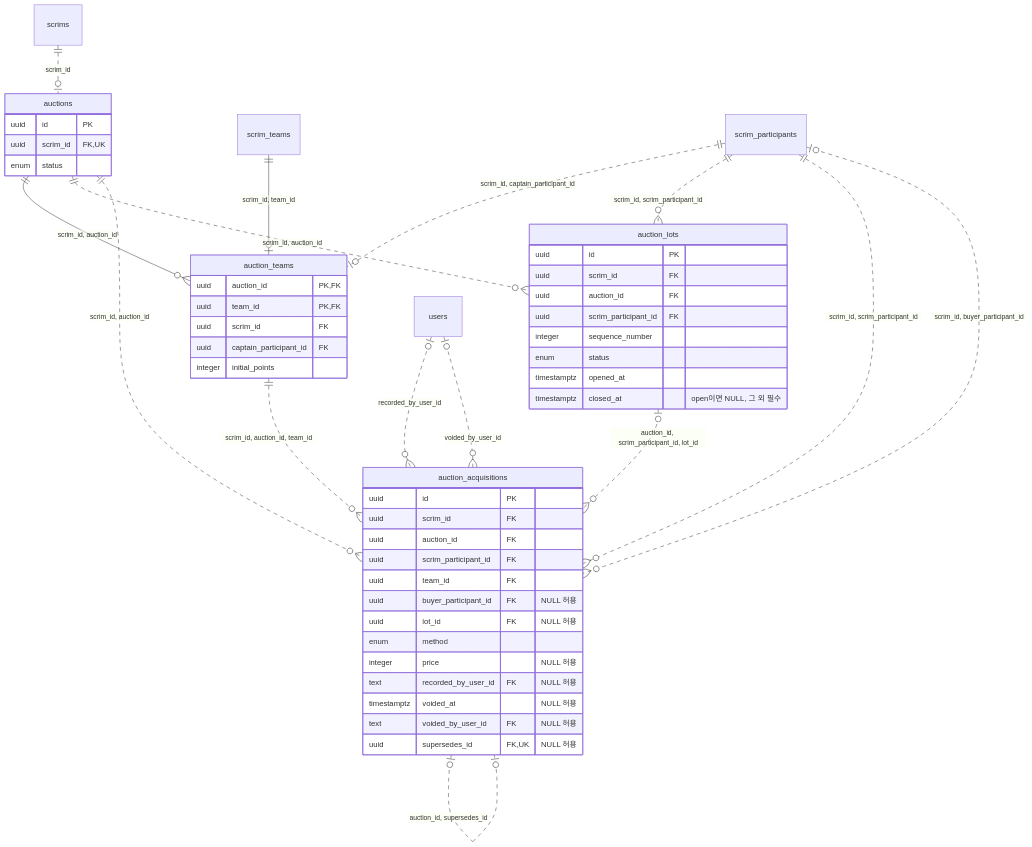
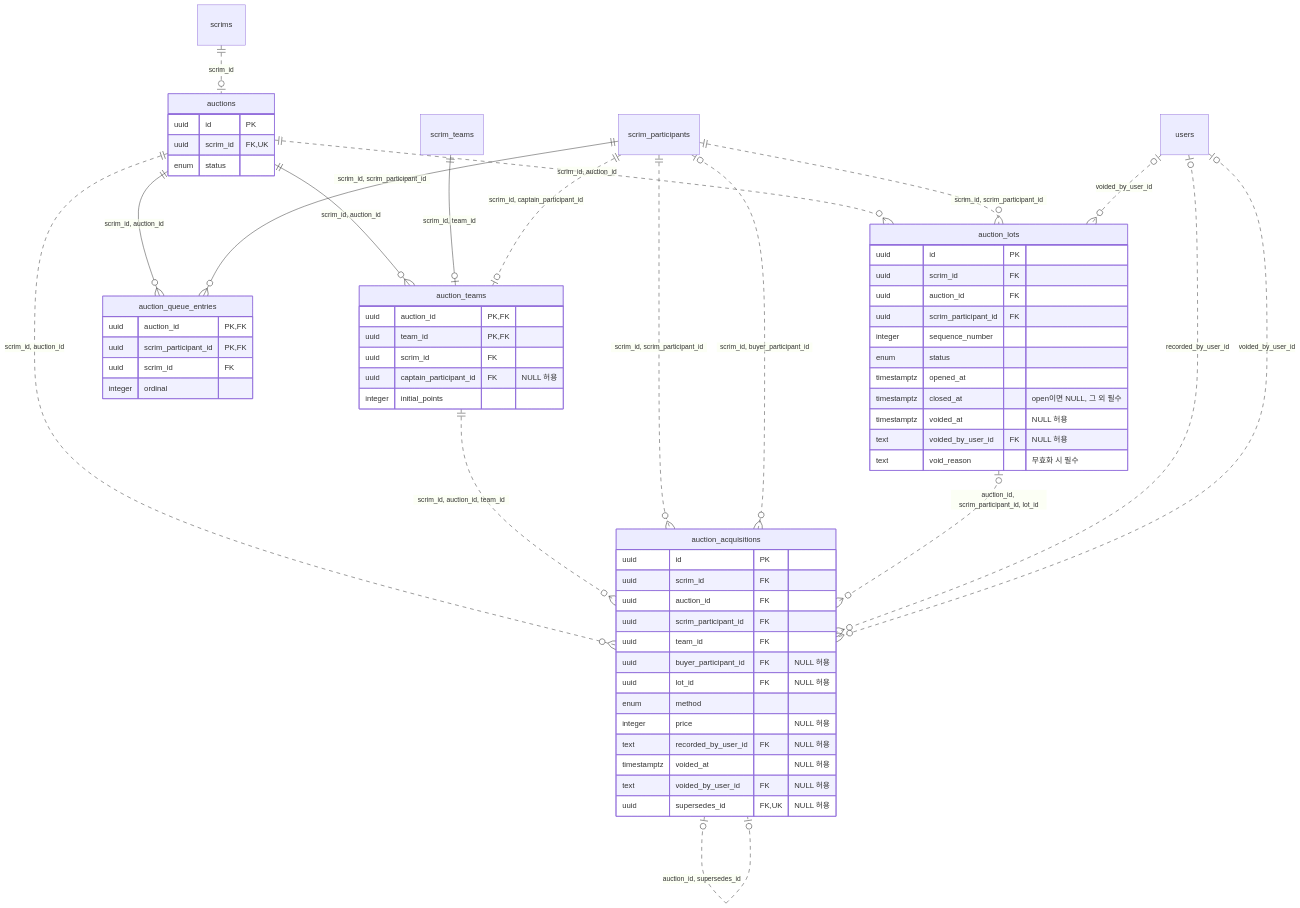
One commit to Longcat2957/MonkeyScrimManager2 changed the fifth of 7 diagrams in docs/database-erd.md. Above: the diagram before and after it, drawn with Mermaid. The commit also changed other lines of this file and 136 other files, not shown here.

````diff
--- a/docs/database-erd.md
+++ b/docs/database-erd.md
@@ -320,55 +358,67 @@
 ```mermaid
 erDiagram
     auctions {
         uuid id PK
         uuid scrim_id FK, UK
         enum status
     }
     auction_teams {
         uuid auction_id PK, FK
         uuid team_id PK, FK
         uuid scrim_id FK
-        uuid captain_participant_id FK
+        uuid captain_participant_id FK "NULL 허용"
         integer initial_points
+    }
+    auction_queue_entries {
+        uuid auction_id PK, FK
+        uuid scrim_participant_id PK, FK
+        uuid scrim_id FK
+        integer ordinal
     }
     auction_lots {
         uuid id PK
         uuid scrim_id FK
         uuid auction_id FK
         uuid scrim_participant_id FK
         integer sequence_number
         enum status
         timestamptz opened_at
         timestamptz closed_at "open이면 NULL, 그 외 필수"
+        timestamptz voided_at "NULL 허용"
+        text voided_by_user_id FK "NULL 허용"
+        text void_reason "무효화 시 필수"
     }
     auction_acquisitions {
         uuid id PK
         uuid scrim_id FK
         uuid auction_id FK
         uuid scrim_participant_id FK
         uuid team_id FK
         uuid buyer_participant_id FK "NULL 허용"
         uuid lot_id FK "NULL 허용"
         enum method
         integer price "NULL 허용"
         text recorded_by_user_id FK "NULL 허용"
         timestamptz voided_at "NULL 허용"
         text voided_by_user_id FK "NULL 허용"
         uuid supersedes_id FK, UK "NULL 허용"
     }
 
     scrims ||..o| auctions : scrim_id
     auctions ||--o{ auction_teams : "scrim_id, auction_id"
     scrim_teams ||--o| auction_teams : "scrim_id, team_id"
     scrim_participants ||..o| auction_teams : "scrim_id, captain_participant_id"
+    auctions ||--o{ auction_queue_entries : "scrim_id, auction_id"
+    scrim_participants ||--o{ auction_queue_entries : "scrim_id, scrim_participant_id"
     auctions ||..o{ auction_lots : "scrim_id, auction_id"
     scrim_participants ||..o{ auction_lots : "scrim_id, scrim_participant_id"
+    users |o..o{ auction_lots : voided_by_user_id
     auctions ||..o{ auction_acquisitions : "scrim_id, auction_id"
     auction_teams ||..o{ auction_acquisitions : "scrim_id, auction_id, team_id"
     scrim_participants ||..o{ auction_acquisitions : "scrim_id, scrim_participant_id"
     scrim_participants |o..o{ auction_acquisitions : "scrim_id, buyer_participant_id"
     auction_lots |o..o{ auction_acquisitions : "auction_id, scrim_participant_id, lot_id"
     users |o..o{ auction_acquisitions : recorded_by_user_id
     users |o..o{ auction_acquisitions : voided_by_user_id
     auction_acquisitions |o..o| auction_acquisitions : "auction_id, supersedes_id"
 ```
````
